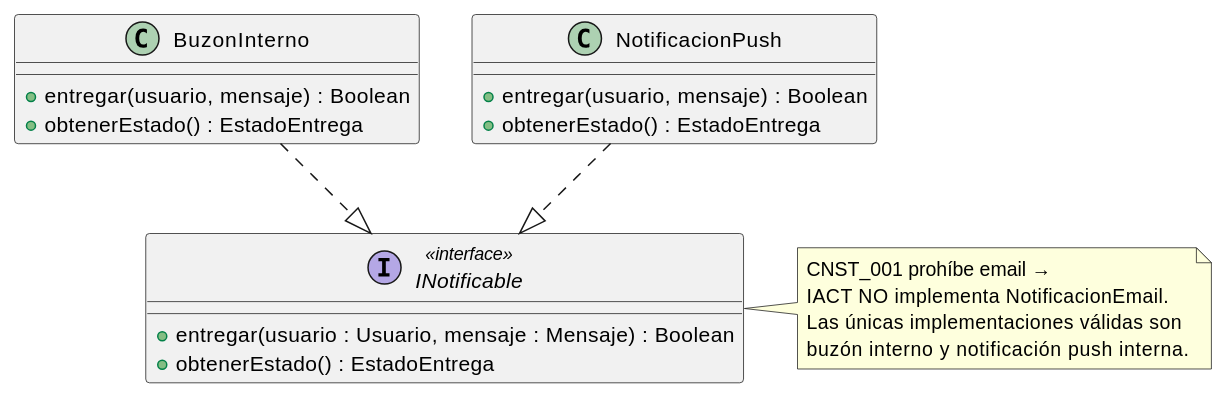
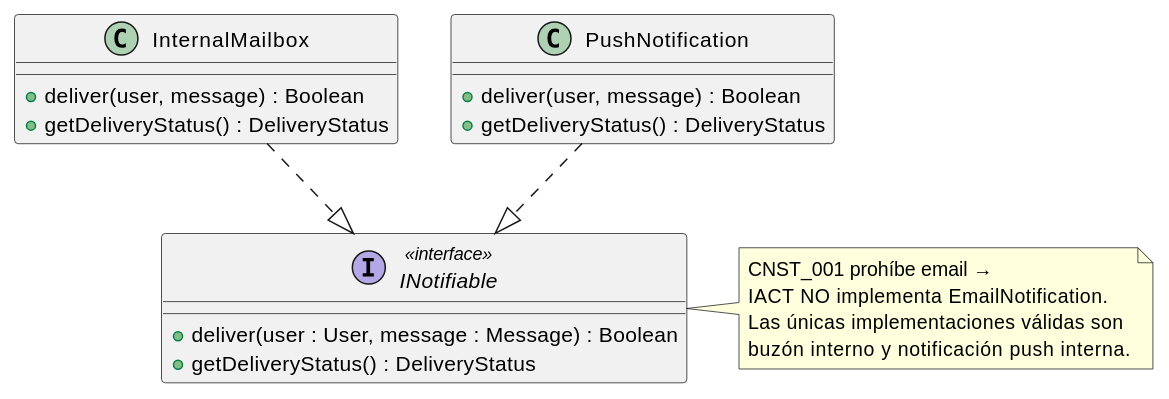
Before and after one commit to jcg-admin/IACT-docs: the diagram in source/requisitos/_metodologia-aplicacion/agregacion-interfaces/inotificable-uc-alr-02-uc-alr-05.rst, drawn with PlantUML. The commit also changed 16 other files, not shown here.

```diff
--- a/source/requisitos/_metodologia-aplicacion/agregacion-interfaces/inotificable-uc-alr-02-uc-alr-05.rst
+++ b/source/requisitos/_metodologia-aplicacion/agregacion-interfaces/inotificable-uc-alr-02-uc-alr-05.rst
@@ -4,30 +4,30 @@
 .. uml::
 
    @startuml
    allowmixing
 
-   interface INotificable <<interface>> {
-     + entregar(usuario : Usuario, mensaje : Mensaje) : Boolean
-     + obtenerEstado() : EstadoEntrega
+   interface INotifiable <<interface>> {
+     + deliver(user : User, message : Message) : Boolean
+     + getDeliveryStatus() : DeliveryStatus
    }
 
-   class BuzonInterno {
-     + entregar(usuario, mensaje) : Boolean
-     + obtenerEstado() : EstadoEntrega
+   class InternalMailbox {
+     + deliver(user, message) : Boolean
+     + getDeliveryStatus() : DeliveryStatus
    }
 
-   class NotificacionPush {
-     + entregar(usuario, mensaje) : Boolean
-     + obtenerEstado() : EstadoEntrega
+   class PushNotification {
+     + deliver(user, message) : Boolean
+     + getDeliveryStatus() : DeliveryStatus
    }
 
-   BuzonInterno ..|> INotificable
-   NotificacionPush ..|> INotificable
+   InternalMailbox ..|> INotifiable
+   PushNotification ..|> INotifiable
 
-   note right of INotificable
+   note right of INotifiable
      CNST_001 prohíbe email →
-     IACT NO implementa NotificacionEmail.
+     IACT NO implementa EmailNotification.
      Las únicas implementaciones válidas son
      buzón interno y notificación push interna.
    end note
    @enduml
```
